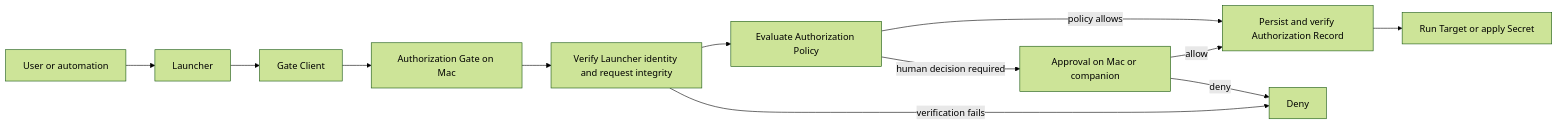
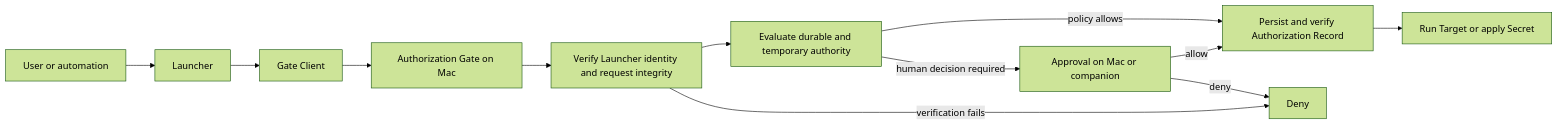
The diagram in docs/architecture.md (BasixKOR/automic-vault), drawn with Mermaid (forest theme) before and after one commit. The commit also changed other lines of this file and 9 other files, not shown here.

````diff
--- a/docs/architecture.md
+++ b/docs/architecture.md
@@ -139,14 +158,14 @@
 ```mermaid
 flowchart LR
     U["User or automation"] --> L["Launcher"]
     L --> C["Gate Client"]
     C --> G["Authorization Gate on Mac"]
     G --> I["Verify Launcher identity and request integrity"]
-    I --> P["Evaluate Authorization Policy"]
+    I --> P["Evaluate durable and temporary authority"]
     P -->|"policy allows"| R["Persist and verify Authorization Record"]
     P -->|"human decision required"| A["Approval on Mac or companion"]
     A -->|"allow"| R
     A -->|"deny"| D["Deny"]
     I -->|"verification fails"| D
     R --> T["Run Target or apply Secret"]
 ```
````
